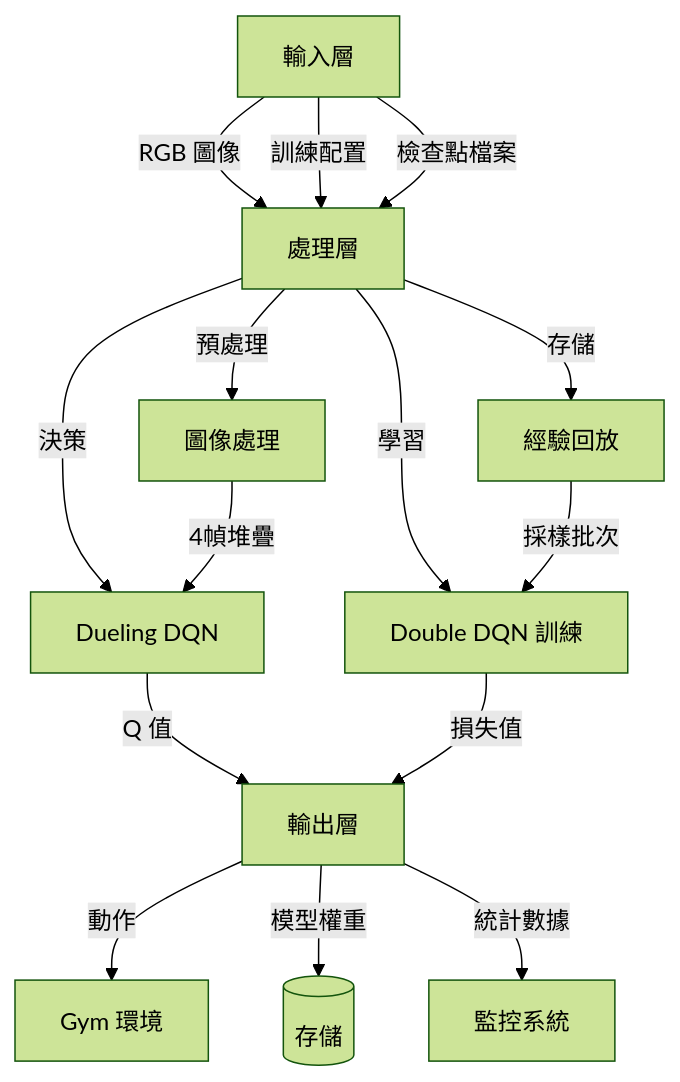
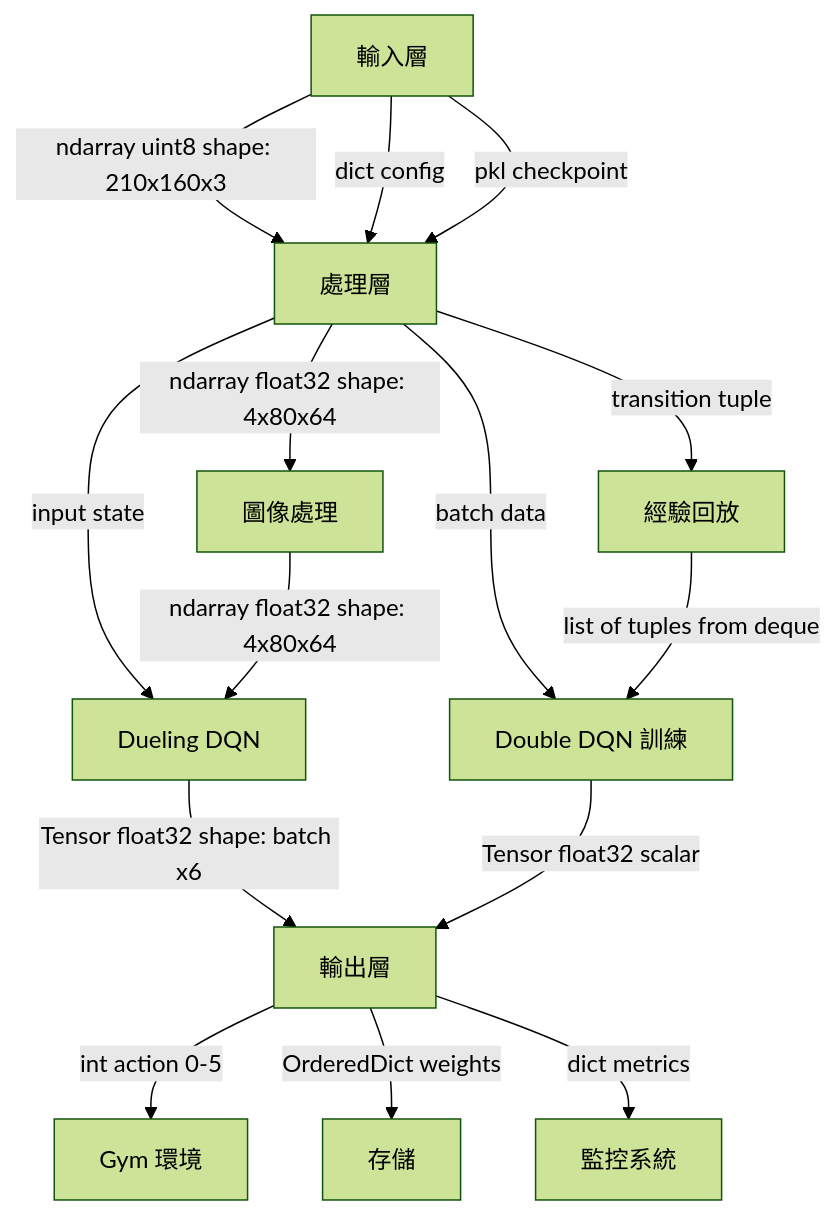
One commit to C111112104/ML_Game changed the fifth of 7 diagrams in doc/ping-pong-ai-project.md. Above: the diagram before and after it, drawn with Mermaid (forest theme). The commit also changed other lines of this file, not shown here.

````diff
--- a/doc/ping-pong-ai-project.md
+++ b/doc/ping-pong-ai-project.md
@@ -386,20 +363,31 @@
 ```mermaid
 graph TB
-    Input[輸入層] -->|RGB 圖像| Process[處理層]
-    Input -->|訓練配置| Process
-    Input -->|檢查點檔案| Process
-
-    Process -->|預處理| P1[圖像處理]
-    Process -->|決策| P2[Dueling DQN]
-    Process -->|學習| P3[Double DQN 訓練]
-    Process -->|存儲| P4[經驗回放]
-
-    P1 -->|4幀堆疊| P2
-    P2 -->|Q 值| Output[輸出層]
-    P3 -->|損失值| Output
-    P4 -->|採樣批次| P3
-
-    Output -->|動作| GymEnv[Gym 環境]
-    Output -->|模型權重| Storage[(存儲)]
-    Output -->|統計數據| Monitor[監控系統]
+    Input["輸入層"]
+    Process["處理層"]
+    P1["圖像處理"]
+    P2["Dueling DQN"]
+    P3["Double DQN 訓練"]
+    P4["經驗回放"]
+    Output["輸出層"]
+    GymEnv["Gym 環境"]
+    Storage["存儲"]
+    Monitor["監控系統"]
+    
+    Input -->|ndarray uint8 shape: 210x160x3| Process
+    Input -->|dict config| Process
+    Input -->|pkl checkpoint| Process
+    
+    Process -->|ndarray float32 shape: 4x80x64| P1
+    Process -->|input state| P2
+    Process -->|batch data| P3
+    Process -->|transition tuple| P4
+    
+    P1 -->|ndarray float32 shape: 4x80x64| P2
+    P2 -->|Tensor float32 shape: batch x6| Output
+    P3 -->|Tensor float32 scalar| Output
+    P4 -->|list of tuples from deque| P3
+    
+    Output -->|int action 0-5| GymEnv
+    Output -->|OrderedDict weights| Storage
+    Output -->|dict metrics| Monitor
 ```
````
